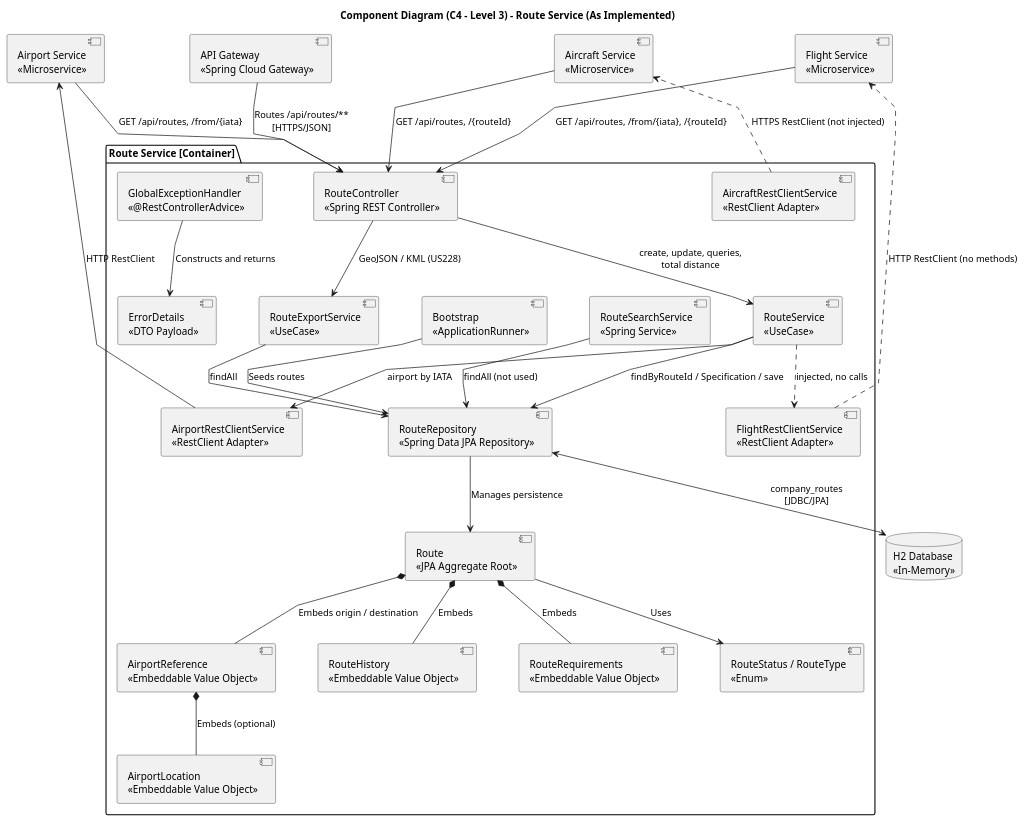
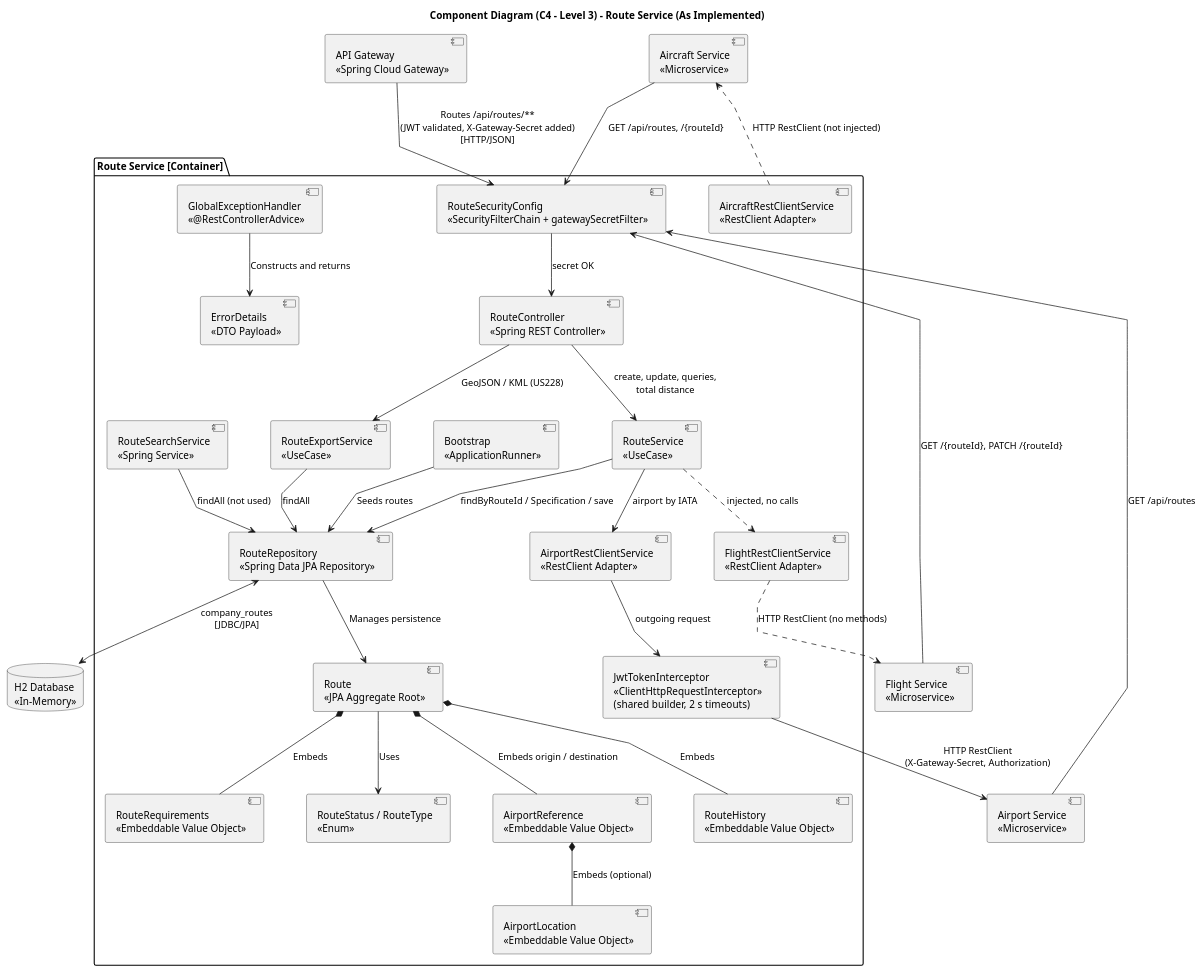
One commit to 8126Lucas/SIDIS_G6_3DA changed the diagram in route-service/docs/architecture/architecture-c4-level3.puml. Above: the diagram before and after it, drawn with PlantUML. The commit also changed 52 other files, not shown here.

First line of the commit message:
Enhance API Specification and Architecture Documentation

```diff
--- a/route-service/docs/architecture/architecture-c4-level3.puml
+++ b/route-service/docs/architecture/architecture-c4-level3.puml
@@ -1,73 +1,77 @@
 @startuml
 skinparam linetype polyline
 skinparam nodesep 60
 skinparam ranksep 70
 skinparam shadowing false
 skinparam componentStyle uml2
 
 title Component Diagram (C4 - Level 3) - Route Service (As Implemented)
 
 component "API Gateway\n<<Spring Cloud Gateway>>" as api_gateway
 database "H2 Database\n<<In-Memory>>" as route_db
 component "Airport Service\n<<Microservice>>" as airport_service
 component "Aircraft Service\n<<Microservice>>" as aircraft_service
 component "Flight Service\n<<Microservice>>" as flight_service
 
 package "Route Service [Container]" {
+    component "RouteSecurityConfig\n<<SecurityFilterChain + gatewaySecretFilter>>" as security_filter
     component "RouteController\n<<Spring REST Controller>>" as route_controller
 
     component "RouteService\n<<UseCase>>" as route_uc
     component "RouteExportService\n<<UseCase>>" as export_uc
     component "RouteSearchService\n<<Spring Service>>" as route_search_svc
 
     component "AirportRestClientService\n<<RestClient Adapter>>" as airport_client
     component "AircraftRestClientService\n<<RestClient Adapter>>" as aircraft_client
     component "FlightRestClientService\n<<RestClient Adapter>>" as flight_client
+    component "JwtTokenInterceptor\n<<ClientHttpRequestInterceptor>>\n(shared builder, 2 s timeouts)" as jwt_interceptor
 
     component "Bootstrap\n<<ApplicationRunner>>" as bootstrapper
 
     component "RouteRepository\n<<Spring Data JPA Repository>>" as route_repo
 
     component "Route\n<<JPA Aggregate Root>>" as route_entity
     component "AirportReference\n<<Embeddable Value Object>>" as airport_ref_vo
     component "AirportLocation\n<<Embeddable Value Object>>" as location_vo
     component "RouteHistory\n<<Embeddable Value Object>>" as history_vo
     component "RouteRequirements\n<<Embeddable Value Object>>" as requirements_vo
     component "RouteStatus / RouteType\n<<Enum>>" as route_enums
 
     component "GlobalExceptionHandler\n<<@RestControllerAdvice>>" as exception_handler
     component "ErrorDetails\n<<DTO Payload>>" as error_details
 }
 
-api_gateway --> route_controller : "Routes /api/routes/**\n[HTTPS/JSON]"
-aircraft_service --> route_controller : "GET /api/routes, /{routeId}"
-airport_service --> route_controller : "GET /api/routes, /from/{iata}"
-flight_service --> route_controller : "GET /api/routes, /from/{iata}, /{routeId}"
+api_gateway --> security_filter : "Routes /api/routes/**\n(JWT validated, X-Gateway-Secret added)\n[HTTP/JSON]"
+aircraft_service --> security_filter : "GET /api/routes, /{routeId}"
+airport_service --> security_filter : "GET /api/routes"
+flight_service --> security_filter : "GET /{routeId}, PATCH /{routeId}"
+security_filter --> route_controller : "secret OK"
 
 route_controller --> route_uc : "create, update, queries,\ntotal distance"
 route_controller --> export_uc : "GeoJSON / KML (US228)"
 
 route_uc --> route_repo : "findByRouteId / Specification / save"
 route_uc --> airport_client : "airport by IATA"
 route_uc ..> flight_client : "injected, no calls"
 export_uc --> route_repo : "findAll"
 route_search_svc --> route_repo : "findAll (not used)"
 bootstrapper --> route_repo : "Seeds routes"
 
 route_repo --> route_entity : "Manages persistence"
 
 route_entity *-- airport_ref_vo : "Embeds origin / destination"
 airport_ref_vo *-- location_vo : "Embeds (optional)"
 route_entity *-- history_vo : "Embeds"
 route_entity *-- requirements_vo : "Embeds"
 route_entity --> route_enums : "Uses"
 
 route_repo <--> route_db : "company_routes\n[JDBC/JPA]"
 
 exception_handler --> error_details : "Constructs and returns"
 
-airport_client --> airport_service : "HTTP RestClient"
-aircraft_client ..> aircraft_service : "HTTPS RestClient (not injected)"
+airport_client --> jwt_interceptor : "outgoing request"
+jwt_interceptor --> airport_service : "HTTP RestClient\n(X-Gateway-Secret, Authorization)"
+aircraft_client ..> aircraft_service : "HTTP RestClient (not injected)"
 flight_client ..> flight_service : "HTTP RestClient (no methods)"
 
 @enduml
```
